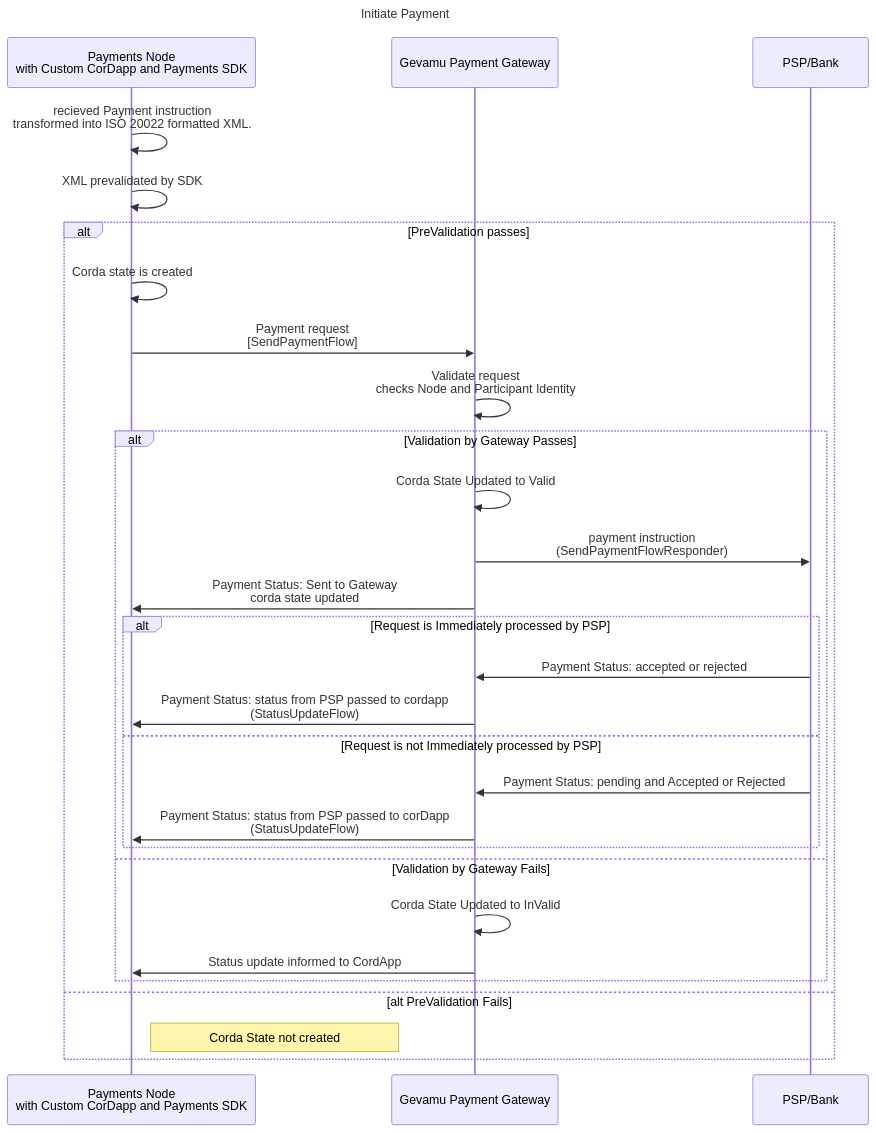
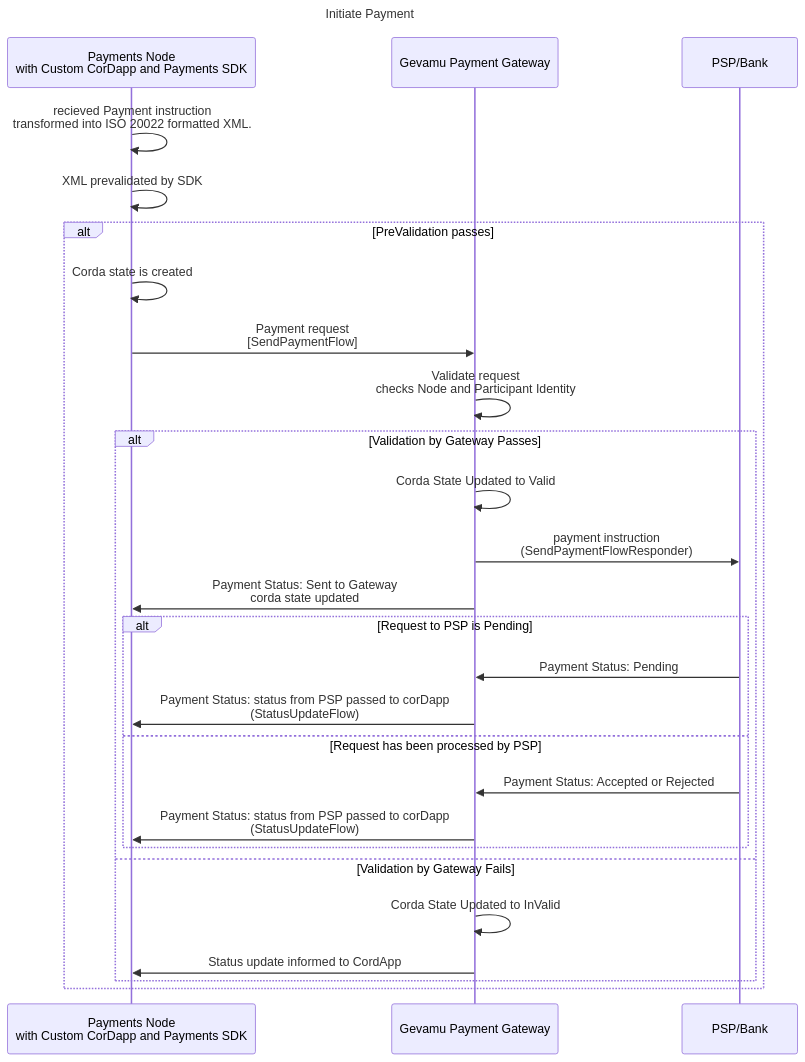
The diagram in content/3.workflow/4.payment-initiation.md (gevamu/gevamu.github.io), drawn with Mermaid before and after one commit.

Commit message:
removed Prevalidation else, changed alt to Pending

````diff
--- a/content/3.workflow/4.payment-initiation.md
+++ b/content/3.workflow/4.payment-initiation.md
@@ -24,50 +24,45 @@
 ```mermaid
 ---
 title: Initiate Payment
 ---
 sequenceDiagram
     %% Participants
     participant pn as Payments Node <br/> with Custom CorDapp and Payments SDK 
     participant gpg as Gevamu Payment Gateway
     participant psp as PSP/Bank
 
     pn ->> pn: recieved Payment instruction  <br/> transformed into ISO 20022 formatted XML.
     pn ->> pn: XML prevalidated by SDK
 
     %% prevalidation by SDK
     alt PreValidation passes
         pn  ->>  pn: Corda state is created
-        pn  ->> gpg: Payment request<br/>[SendPaymentFlow]
+        pn  ->> gpg: Payment request <br/>[SendPaymentFlow]
         gpg ->> gpg: Validate request <br/> checks Node and Participant Identity
 
         ## validation by Gateway
         alt Validation by Gateway Passes
             gpg ->> gpg: Corda State Updated to Valid
             gpg ->> psp: payment instruction <br /> (SendPaymentFlowResponder)
             gpg ->> pn: Payment Status: Sent to Gateway <br/> corda state updated
 
             %% immediate decision by PSP
-            alt Request is Immediately processed by PSP
-                psp ->> gpg: Payment Status: accepted or rejected
-                gpg ->> pn : Payment Status: status from PSP passed to cordapp <br/>(StatusUpdateFlow)
+            alt Request to PSP is Pending
+                psp ->> gpg: Payment Status: Pending
+                gpg ->> pn : Payment Status: status from PSP passed to corDapp <br/> (StatusUpdateFlow)
             
-            else Request is not Immediately processed by PSP
-                psp ->> gpg: Payment Status: pending and Accepted or Rejected
+            else Request has been processed by PSP
+                psp ->> gpg: Payment Status:  Accepted or Rejected
                 gpg ->> pn : Payment Status: status from PSP passed to corDapp <br/> (StatusUpdateFlow)
 
             end
 
         %% validation by gateway fails
         else Validation by Gateway Fails
             gpg ->> gpg: Corda State Updated to InValid
             gpg ->> pn : Status update informed to CordApp
 
         end
-
-    %% prevalidation
-    else alt PreValidation Fails
-
-    Note right of pn: Corda State not created
             
     end
 ```
````
